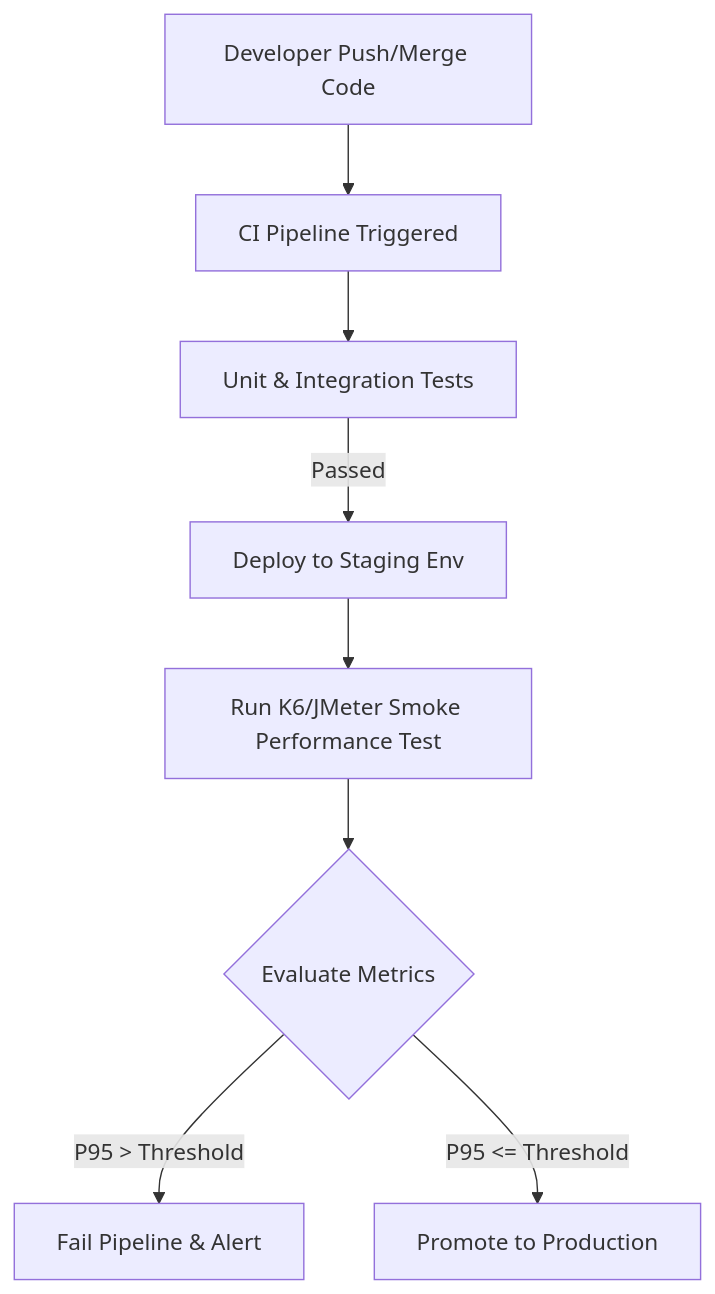
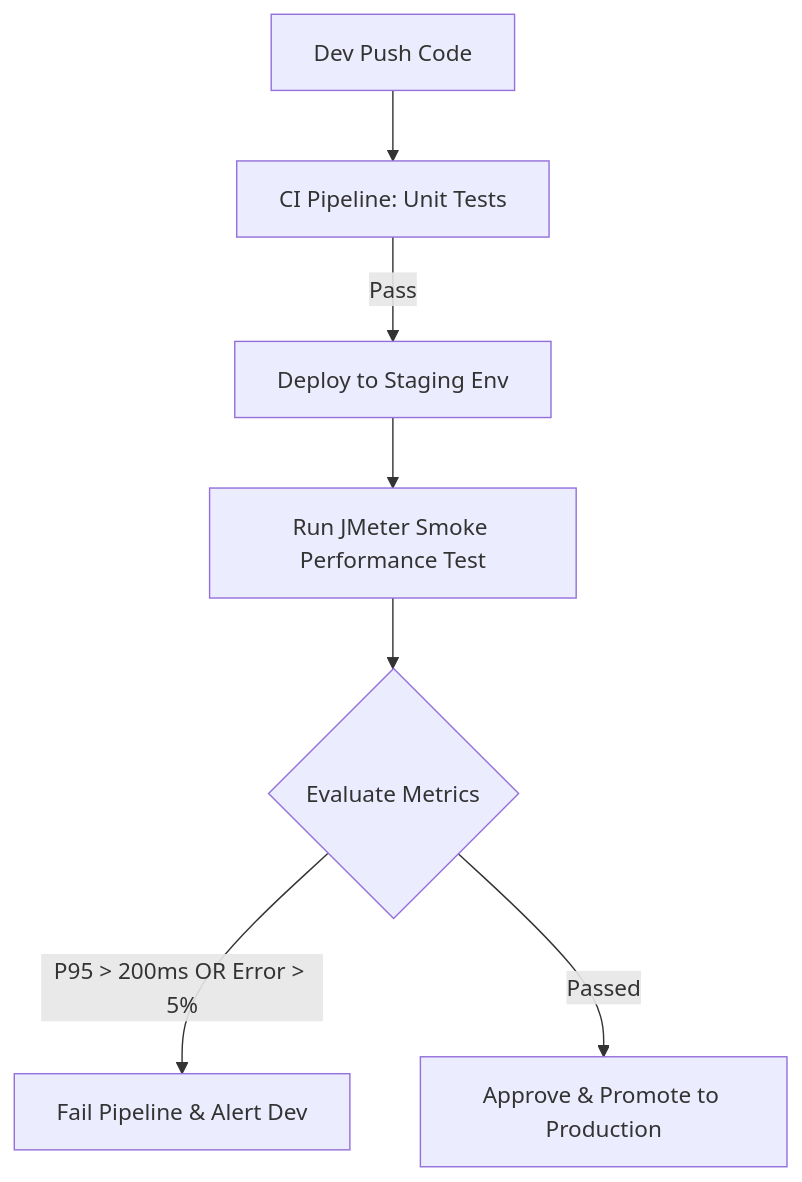
The diagram in docs/REPORT_HW05.md (ngnam2012/23KTPM2_Testing_HW05), drawn with Mermaid before and after one commit. The commit also changed other lines of this file and 10 other files, not shown here.

````diff
--- a/docs/REPORT_HW05.md
+++ b/docs/REPORT_HW05.md
@@ -91,10 +95,9 @@
 ```mermaid
 graph TD
-    A[Developer Push/Merge Code] --> B[CI Pipeline Triggered]
-    B --> C[Unit & Integration Tests]
-    C -->|Passed| D[Deploy to Staging Env]
-    D --> E[Run K6/JMeter Smoke Performance Test]
-    E --> F{Evaluate Metrics}
-    F -->|P95 > Threshold| G[Fail Pipeline & Alert]
-    F -->|P95 <= Threshold| H[Promote to Production]
+    A[Dev Push Code] --> B[CI Pipeline: Unit Tests]
+    B -->|Pass| C[Deploy to Staging Env]
+    C --> D[Run JMeter Smoke Performance Test]
+    D --> E{Evaluate Metrics}
+    E -->|P95 > 200ms OR Error > 5%| F[Fail Pipeline & Alert Dev]
+    E -->|Passed| G[Approve & Promote to Production]
 ```
````
